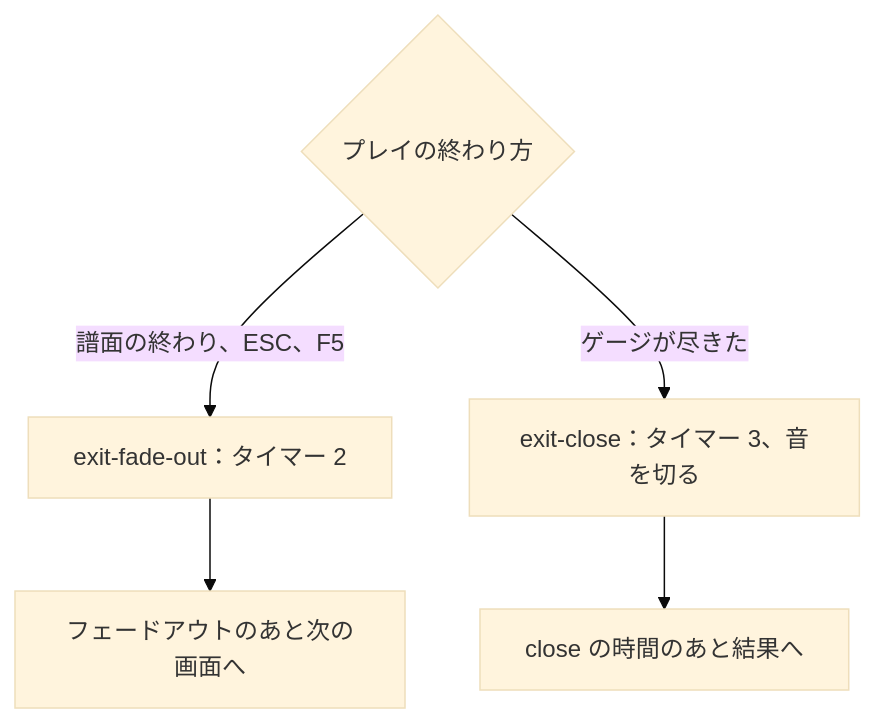
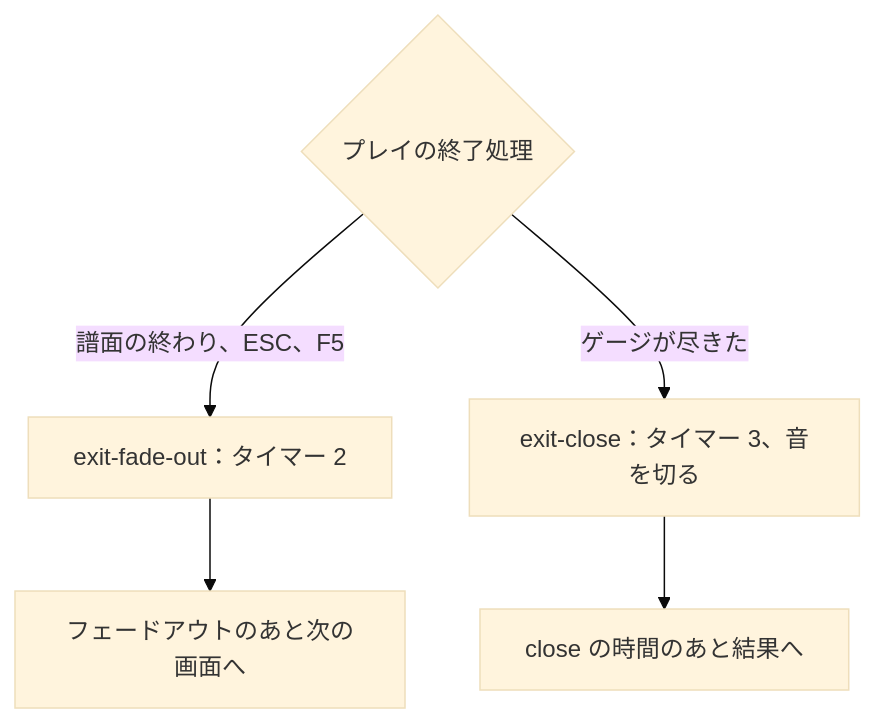
One commit to nulltask/be-music changed the seventh of 15 diagrams in docs/player-web.ja.md. Above: the diagram before and after it, drawn with Mermaid (base theme). The commit also changed other lines of this file and 26 other files, not shown here.

````diff
--- a/docs/player-web.ja.md
+++ b/docs/player-web.ja.md
@@ -419,7 +419,7 @@
   ```mermaid
   flowchart TD
-    how{プレイの終わり方} -->|譜面の終わり、ESC、F5| fade[exit-fade-out：タイマー 2]
+    how{プレイの終了処理} -->|譜面の終わり、ESC、F5| fade[exit-fade-out：タイマー 2]
     fade --> next[フェードアウトのあと次の画面へ]
     how -->|ゲージが尽きた| stop[exit-close：タイマー 3、音を切る]
     stop --> result[close の時間のあと結果へ]
   ```
````
